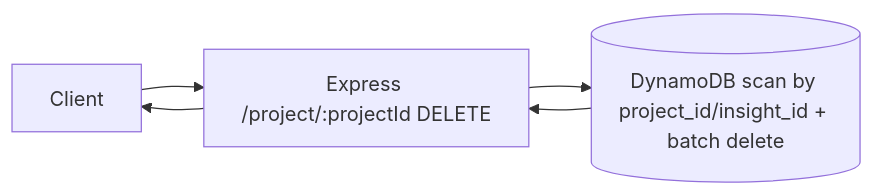
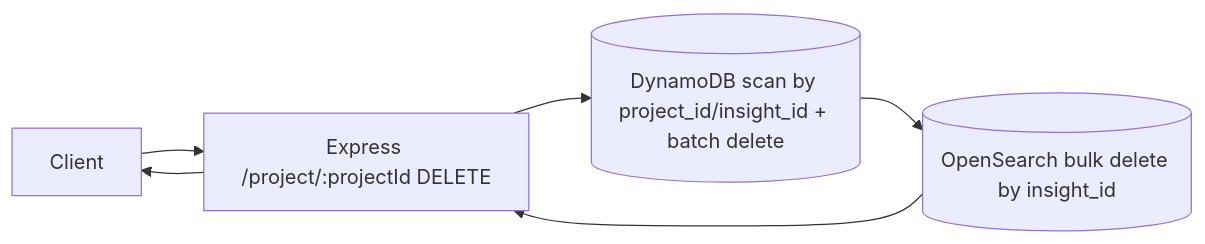
The fifth of 7 diagrams in README.md (samriddhishree/aetio-backend), drawn with Mermaid before and after one commit. The commit also changed other lines of this file and 2 other files, not shown here.

````diff
--- a/README.md
+++ b/README.md
@@ -236,7 +240,8 @@
 ```mermaid
 flowchart LR
   C[Client] --> API[Express /project/:projectId DELETE]
   API --> DDB[(DynamoDB scan by project_id/insight_id + batch delete)]
-  DDB --> API
+  DDB --> OS[(OpenSearch bulk delete by insight_id)]
+  OS --> API
   API --> C
 ```
````
